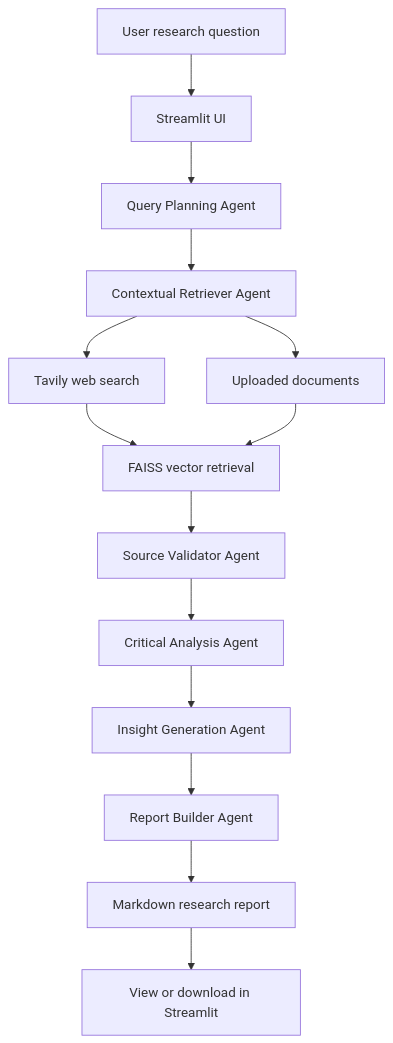
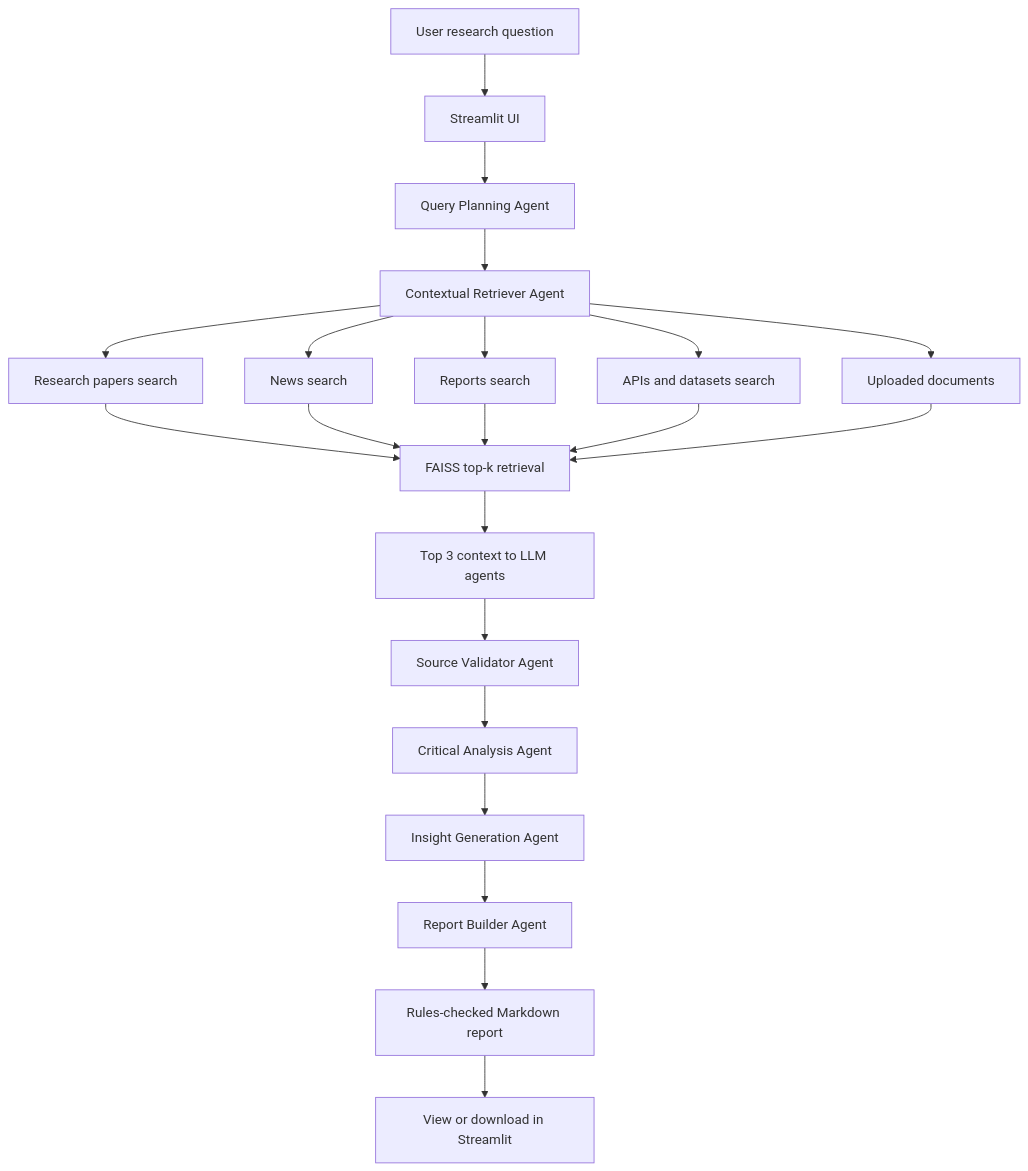
One commit to chakraa1/DeepAIResearch changed the diagram in README.md. Above: the diagram before and after it, drawn with Mermaid. The commit also changed other lines of this file and 11 other files, not shown here.

Commit message:
Refine multi-agent retrieval and prompt workflow

````diff
--- a/README.md
+++ b/README.md
@@ -30,16 +37,23 @@
 ```mermaid
 flowchart TD
     A[User research question] --> B[Streamlit UI]
     B --> C[Query Planning Agent]
     C --> D[Contextual Retriever Agent]
-    D --> E[Tavily web search]
+    D --> E1[Research papers search]
+    D --> E2[News search]
+    D --> E3[Reports search]
+    D --> E4[APIs and datasets search]
     D --> F[Uploaded documents]
-    E --> G[FAISS vector retrieval]
+    E1 --> G[FAISS top-k retrieval]
+    E2 --> G
+    E3 --> G
+    E4 --> G
     F --> G
-    G --> H[Source Validator Agent]
-    H --> I[Critical Analysis Agent]
-    I --> J[Insight Generation Agent]
-    J --> K[Report Builder Agent]
-    K --> L[Markdown research report]
-    L --> M[View or download in Streamlit]
+    G --> H[Top 3 context to LLM agents]
+    H --> I[Source Validator Agent]
+    I --> J[Critical Analysis Agent]
+    J --> K[Insight Generation Agent]
+    K --> L[Report Builder Agent]
+    L --> M[Rules-checked Markdown report]
+    M --> N[View or download in Streamlit]
 ```
````
